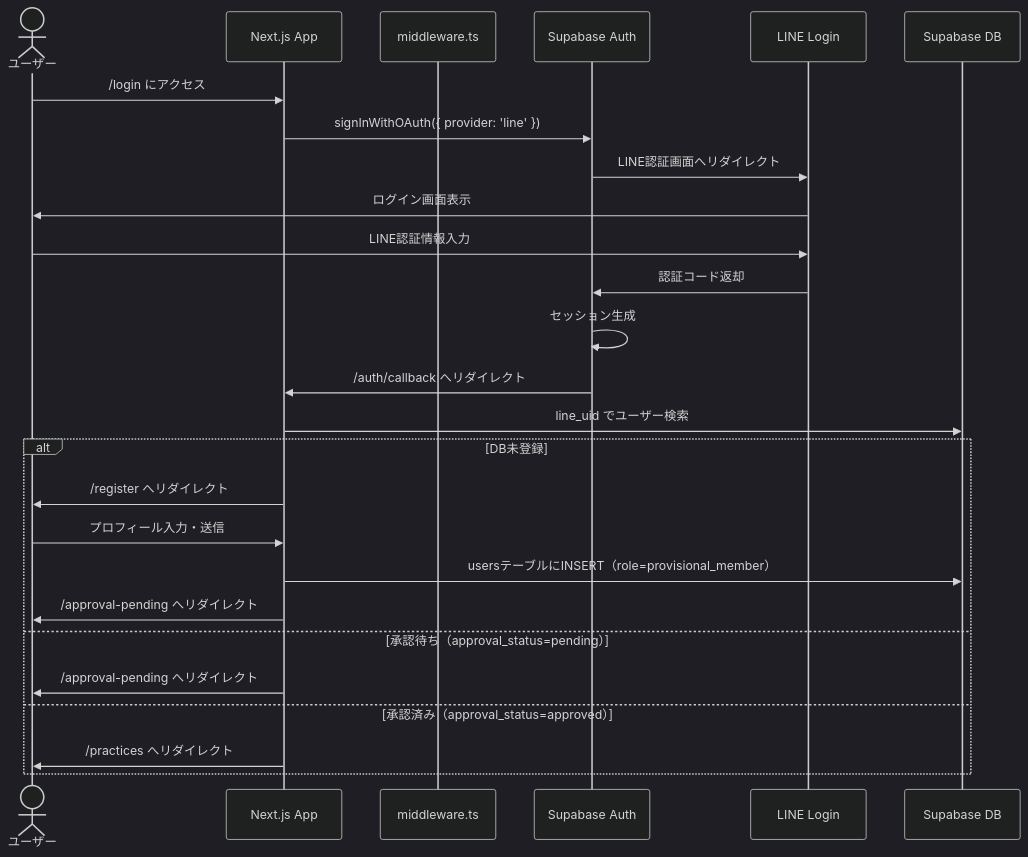
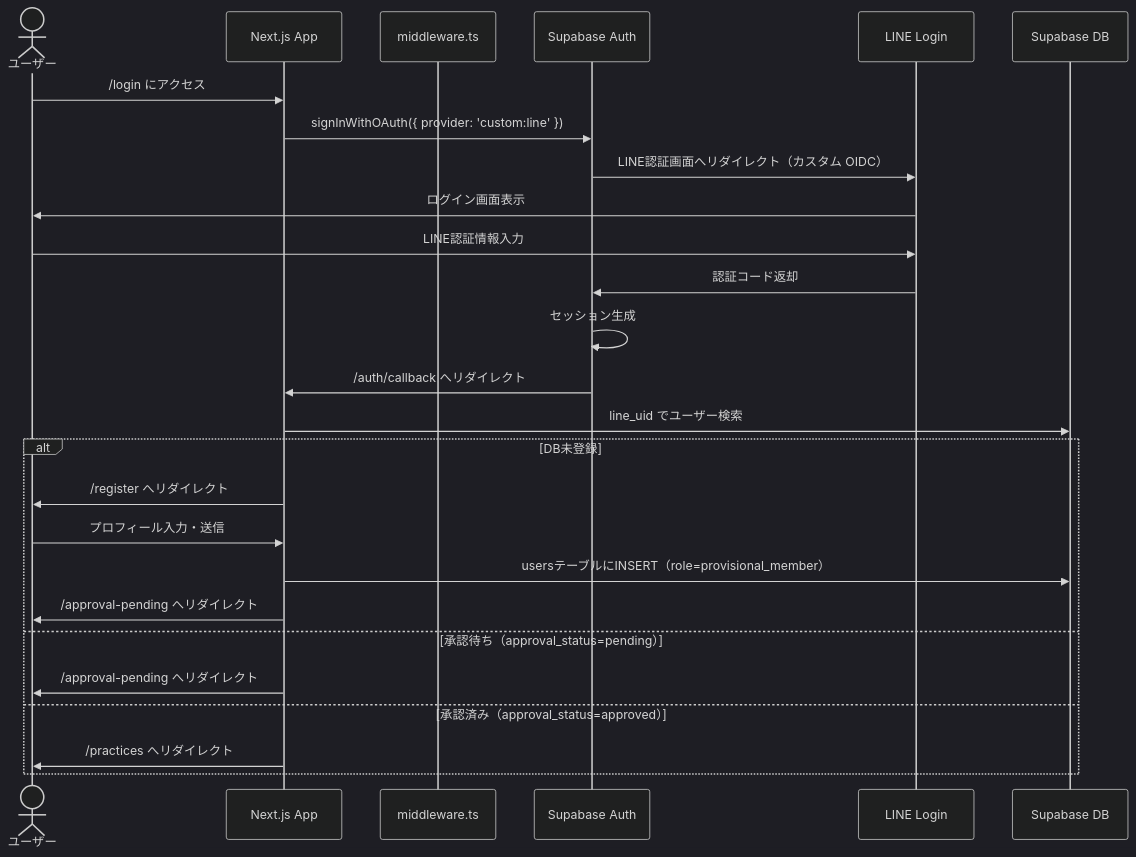
The third of 3 diagrams in docs/design-requirements.md (unisono-app/unisono-app), drawn with Mermaid (dark theme) before and after one commit. The commit also changed other lines of this file and 22 other files, not shown here.

First line of the commit message:
feat: add auth flow with manual LINE OAuth and DB schema

````diff
--- a/docs/design-requirements.md
+++ b/docs/design-requirements.md
@@ -391,30 +418,30 @@
 ```mermaid
 sequenceDiagram
     actor User as ユーザー
     participant App as Next.js App
     participant MW as middleware.ts
     participant Auth as Supabase Auth
     participant LINE as LINE Login
     participant DB as Supabase DB
 
     User->>App: /login にアクセス
-    App->>Auth: signInWithOAuth({ provider: 'line' })
-    Auth->>LINE: LINE認証画面へリダイレクト
+    App->>Auth: signInWithOAuth({ provider: 'custom:line' })
+    Auth->>LINE: LINE認証画面へリダイレクト（カスタム OIDC）
     LINE->>User: ログイン画面表示
     User->>LINE: LINE認証情報入力
     LINE->>Auth: 認証コード返却
     Auth->>Auth: セッション生成
     Auth->>App: /auth/callback へリダイレクト
     App->>DB: line_uid でユーザー検索
 
     alt DB未登録
         App->>User: /register へリダイレクト
         User->>App: プロフィール入力・送信
         App->>DB: usersテーブルにINSERT（role=provisional_member）
         App->>User: /approval-pending へリダイレクト
     else 承認待ち（approval_status=pending）
         App->>User: /approval-pending へリダイレクト
     else 承認済み（approval_status=approved）
         App->>User: /practices へリダイレクト
     end
 ```
````
